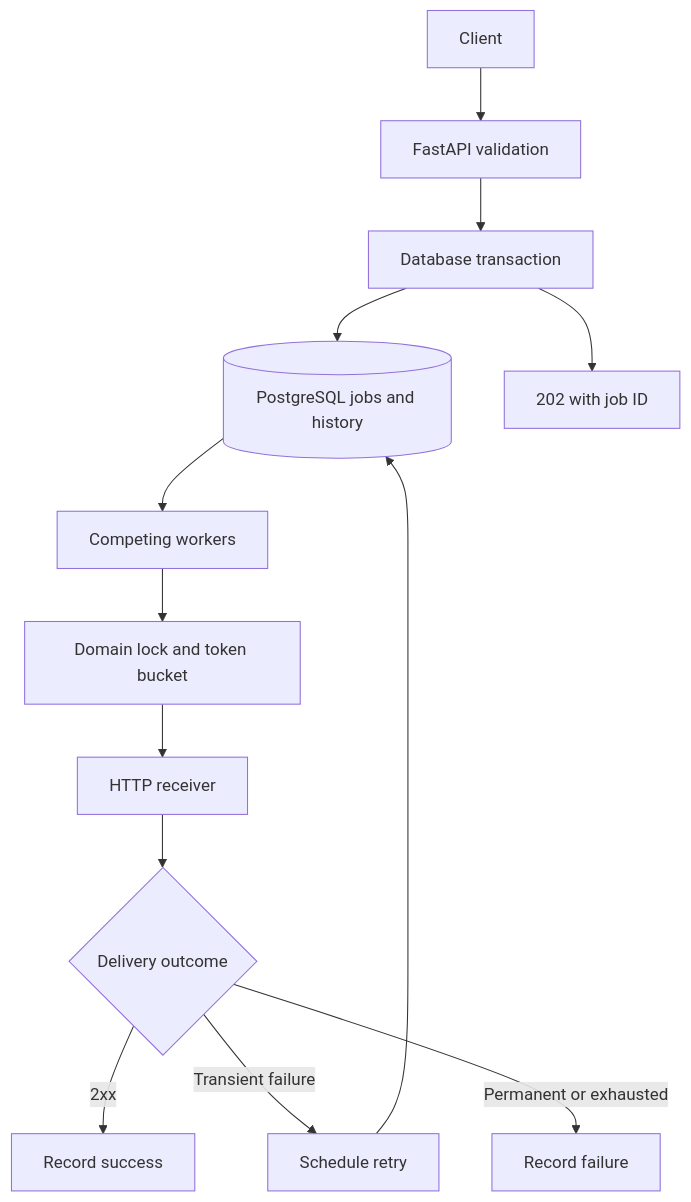
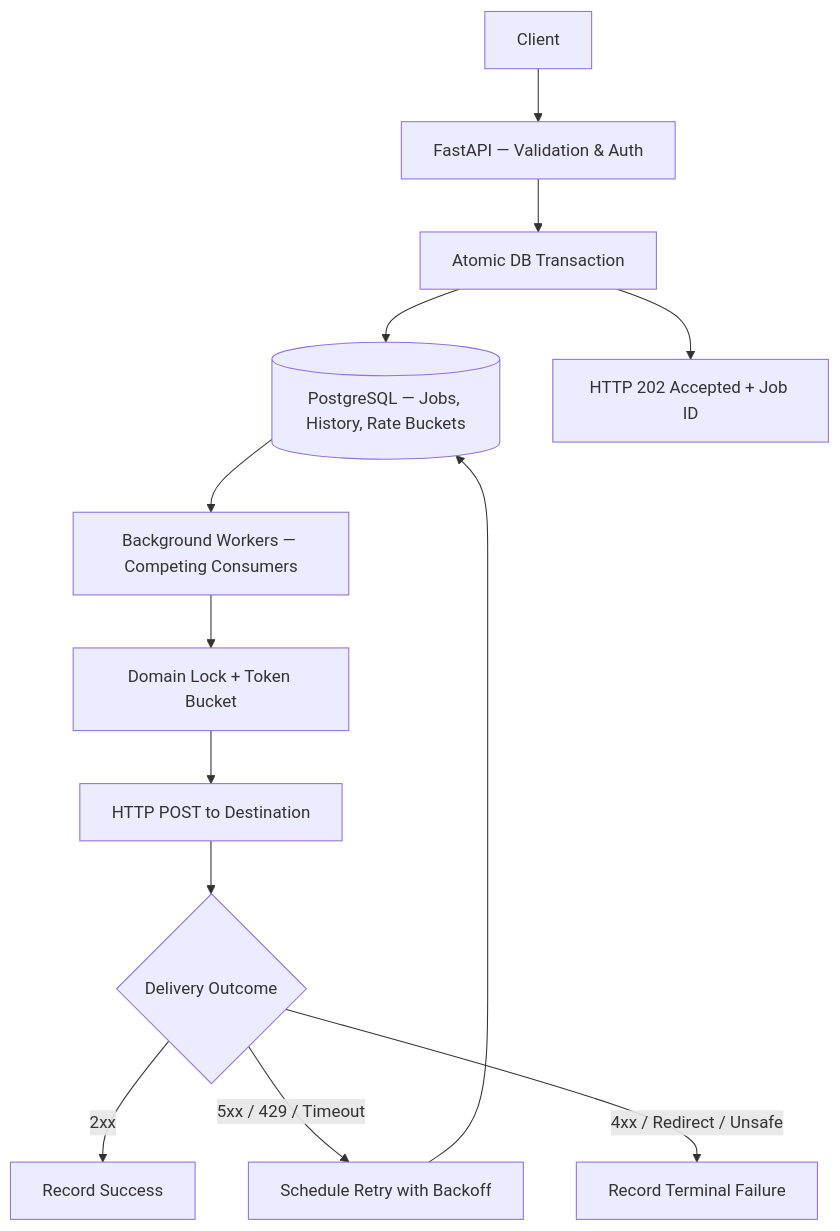
Before and after one commit to RazzGourav/Distributed-Webhook-Dispatcher: the diagram in README.md, drawn with Mermaid. The commit also changed other lines of this file and 4 other files, not shown here.

````diff
--- a/README.md
+++ b/README.md
@@ -125,15 +11,15 @@
 ```mermaid
 flowchart TD
-    C[Client] --> A[FastAPI validation]
-    A --> T[Database transaction]
-    T --> D[(PostgreSQL jobs and history)]
-    T --> R[202 with job ID]
-    D --> W[Competing workers]
-    W --> L[Domain lock and token bucket]
-    L --> H[HTTP receiver]
-    H --> O{Delivery outcome}
-    O -->|2xx| S[Record success]
-    O -->|Transient failure| B[Schedule retry]
-    O -->|Permanent or exhausted| F[Record failure]
+    C[Client] --> A[FastAPI — Validation & Auth]
+    A --> T[Atomic DB Transaction]
+    T --> D[(PostgreSQL — Jobs, History, Rate Buckets)]
+    T --> R[HTTP 202 Accepted + Job ID]
+    D --> W[Background Workers — Competing Consumers]
+    W --> L[Domain Lock + Token Bucket]
+    L --> H[HTTP POST to Destination]
+    H --> O{Delivery Outcome}
+    O -->|2xx| S[Record Success]
+    O -->|5xx / 429 / Timeout| B[Schedule Retry with Backoff]
+    O -->|4xx / Redirect / Unsafe| F[Record Terminal Failure]
     B --> D
 ```
````
